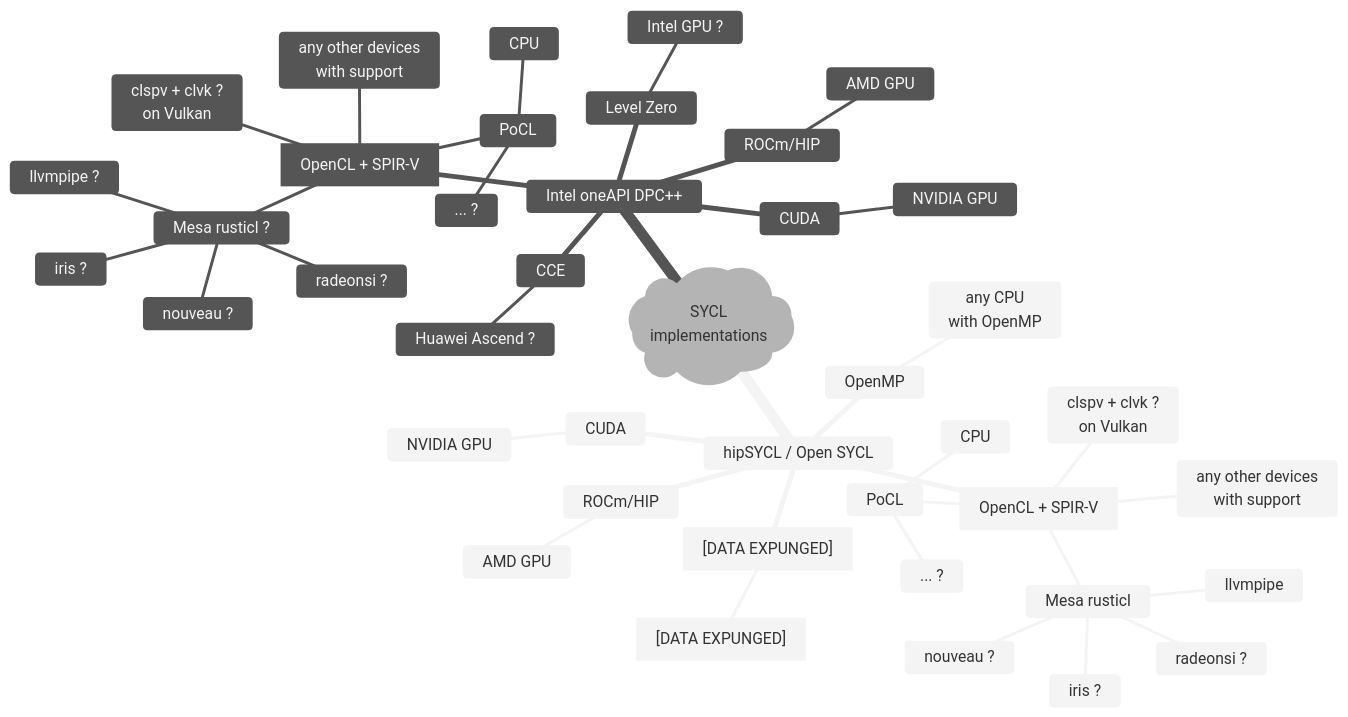
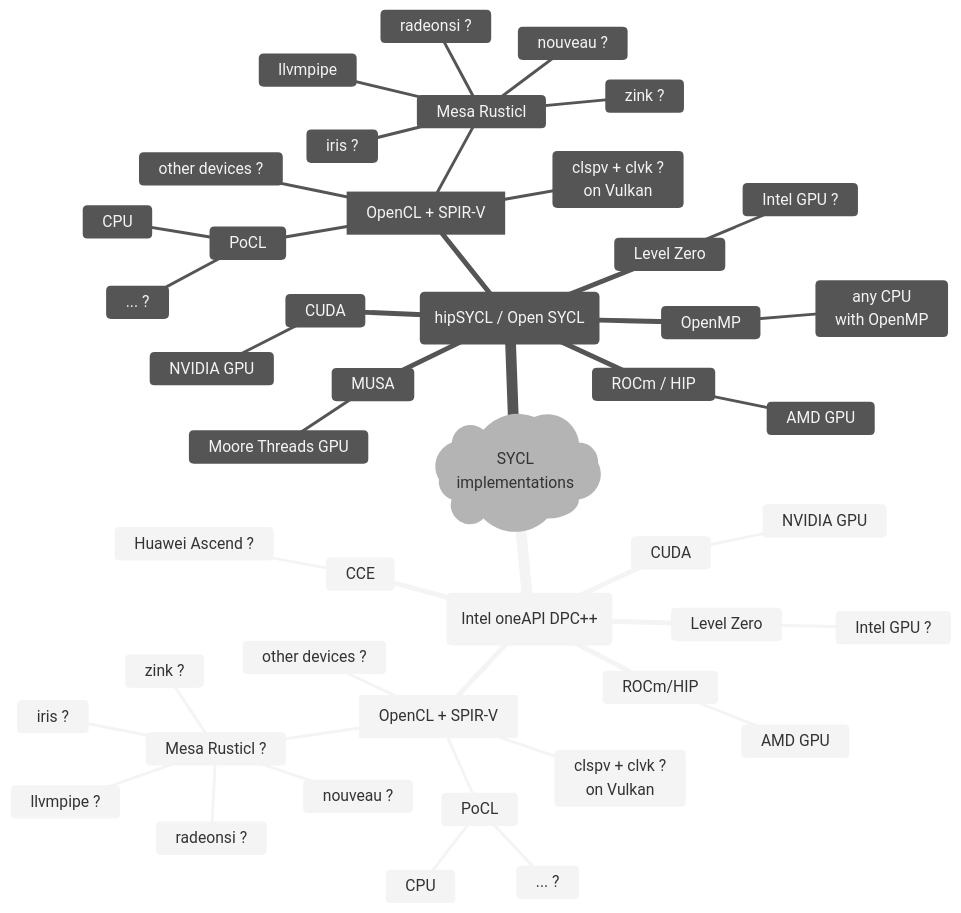
One commit to fxzjshm/simple-radio-telescope-backend changed the second of 2 diagrams in README.md. Above: the diagram before and after it, drawn with Mermaid (neutral theme). The commit also changed 1 other file, not shown here.

Commit message:
[userspace] doc: update
updated description of CMake configure variables;
updated figure of tested devices

````diff
--- a/README.md
+++ b/README.md
@@ -71,44 +71,48 @@
 ```mermaid
 mindmap
   root )SYCL <br/> implementations(
-    hipSYCL / Open SYCL
-      OpenMP
-        any CPU <br/> with OpenMP
+    (Intel oneAPI DPC++)
+      ROCm/HIP
+        AMD GPU
       CUDA
         NVIDIA GPU
-      ROCm/HIP
-        AMD GPU
-      ["[DATA EXPUNGED]"]
-        ["[DATA EXPUNGED]"]
-      OpenCL_SPIRV [OpenCL + SPIR-V]
-        PoCL
-          CPU
-          ... ?
-        Mesa rusticl
-          llvmpipe
-          nouveau ?
-          radeonsi ?
-          iris ?
-        clspv + clvk ? <br/> on Vulkan
-        any other devices <br/> with support
-    Intel oneAPI DPC++
-      CUDA
-        NVIDIA GPU
-      ROCm/HIP
-        AMD GPU
       Level Zero
         Intel GPU ?
       OpenCL_SPIRV [OpenCL + SPIR-V]
         PoCL
           CPU
           ... ?
-        Mesa rusticl ?
+        Mesa Rusticl ?
           llvmpipe ?
           nouveau ?
           radeonsi ?
           iris ?
+          zink ?
         clspv + clvk ? <br/> on Vulkan
-        any other devices <br/> with support
+        other devices ?
       CCE
         Huawei Ascend ?
+    (hipSYCL / Open SYCL)
+      ROCm / HIP
+        AMD GPU
+      MUSA
+        Moore Threads GPU
+      CUDA
+        NVIDIA GPU
+      Level Zero
+        Intel GPU ?
+      OpenCL_SPIRV [OpenCL + SPIR-V]
+        PoCL
+          CPU
+          ... ?
+        Mesa Rusticl
+          llvmpipe
+          nouveau ?
+          radeonsi ?
+          iris ?
+          zink ?
+        clspv + clvk ? <br/> on Vulkan
+        other devices ?
+      OpenMP
+        any CPU <br/> with OpenMP
 ```
````
